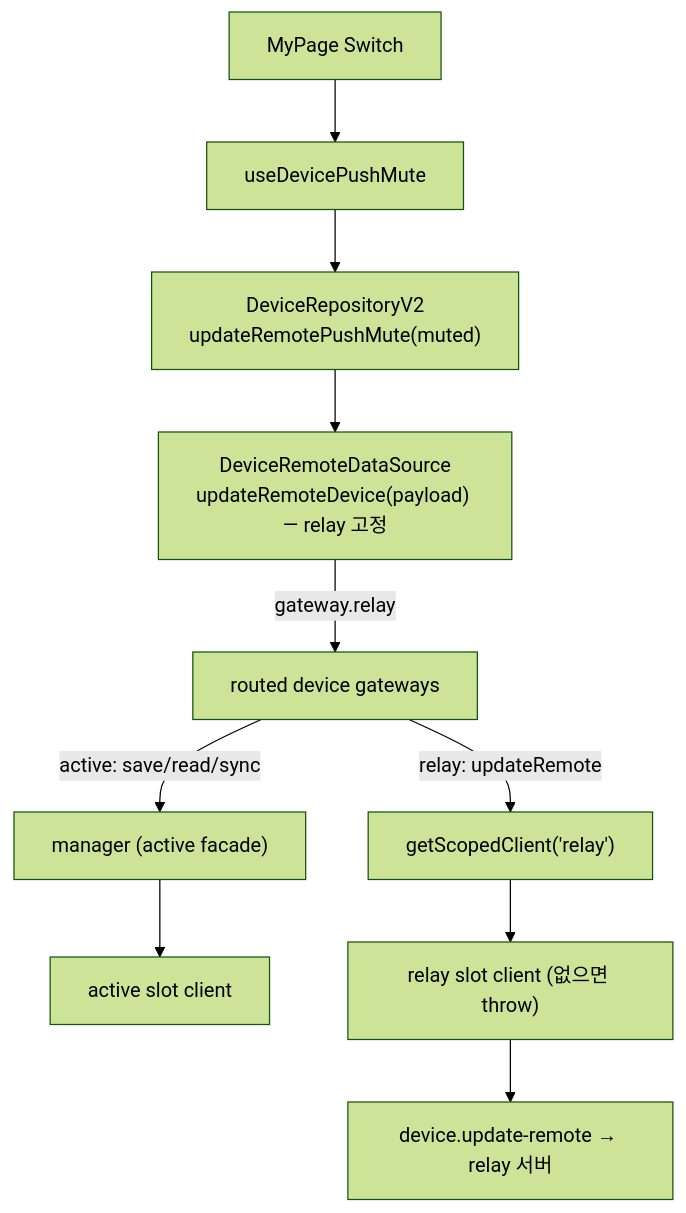
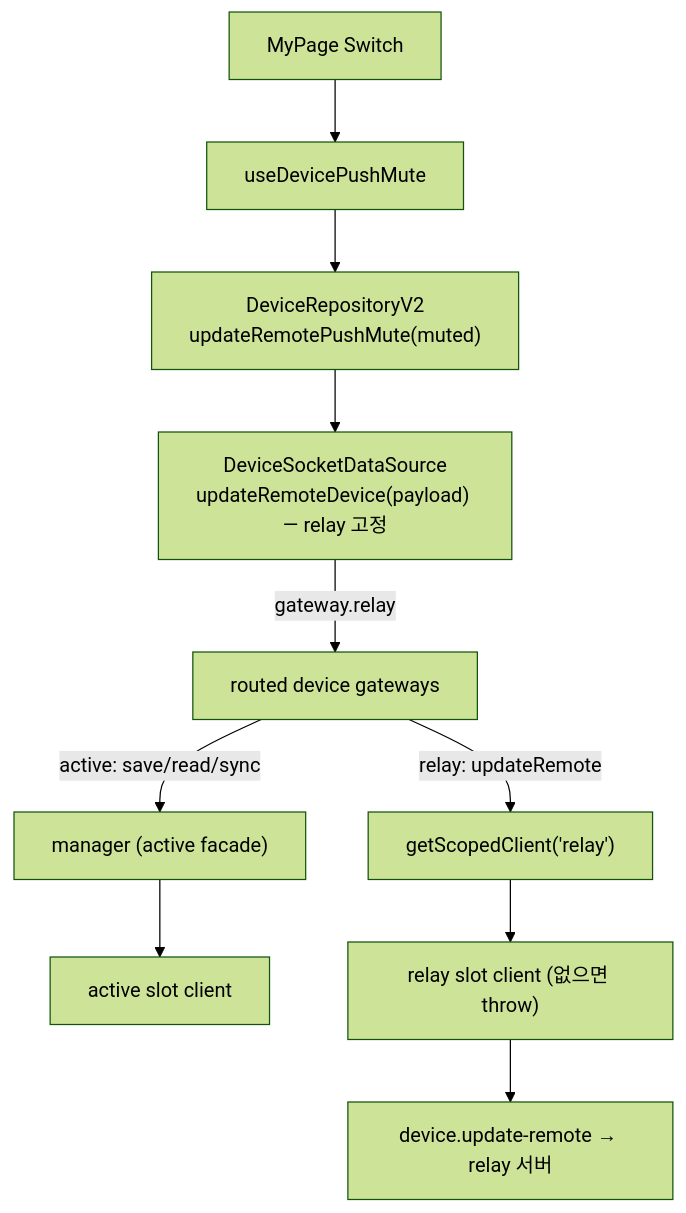
Before and after one commit to lemoncloud-io/dou-app: the first of 2 diagrams in libs/app-runtime/docs/socket/kind-scoped-routing.md, drawn with Mermaid (forest theme). The commit also changed other lines of this file and 972 other files, not shown here.

````diff
--- a/libs/app-runtime/docs/socket/kind-scoped-routing.md
+++ b/libs/app-runtime/docs/socket/kind-scoped-routing.md
@@ -79,12 +79,12 @@
 ```mermaid
 flowchart TD
   UI["MyPage Switch"] --> H["useDevicePushMute"]
   H --> R["DeviceRepositoryV2<br/>updateRemotePushMute(muted)"]
-  R --> DS["DeviceRemoteDataSource<br/>updateRemoteDevice(payload) — relay 고정"]
+  R --> DS["DeviceSocketDataSource<br/>updateRemoteDevice(payload) — relay 고정"]
   DS -->|"gateway.relay"| G["routed device gateways"]
   G -->|active: save/read/sync| FA["manager (active facade)"]
   G -->|relay: updateRemote| FR["getScopedClient('relay')"]
   FA --> AC["active slot client"]
   FR --> RC["relay slot client (없으면 throw)"]
   RC --> WS["device.update-remote → relay 서버"]
 ```
````
